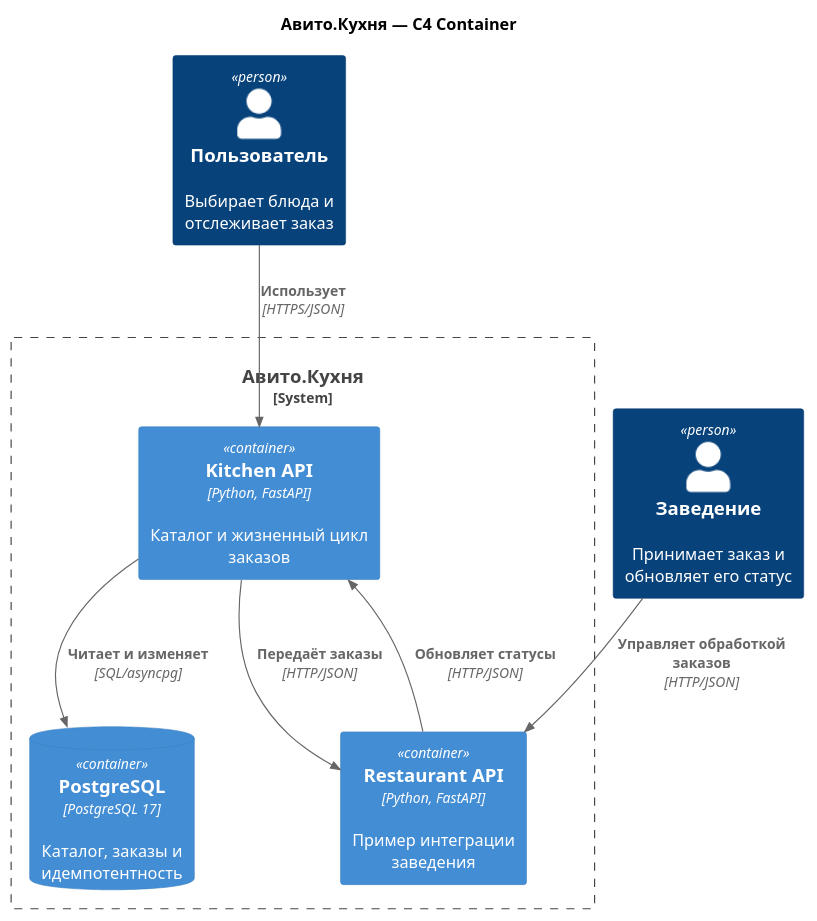
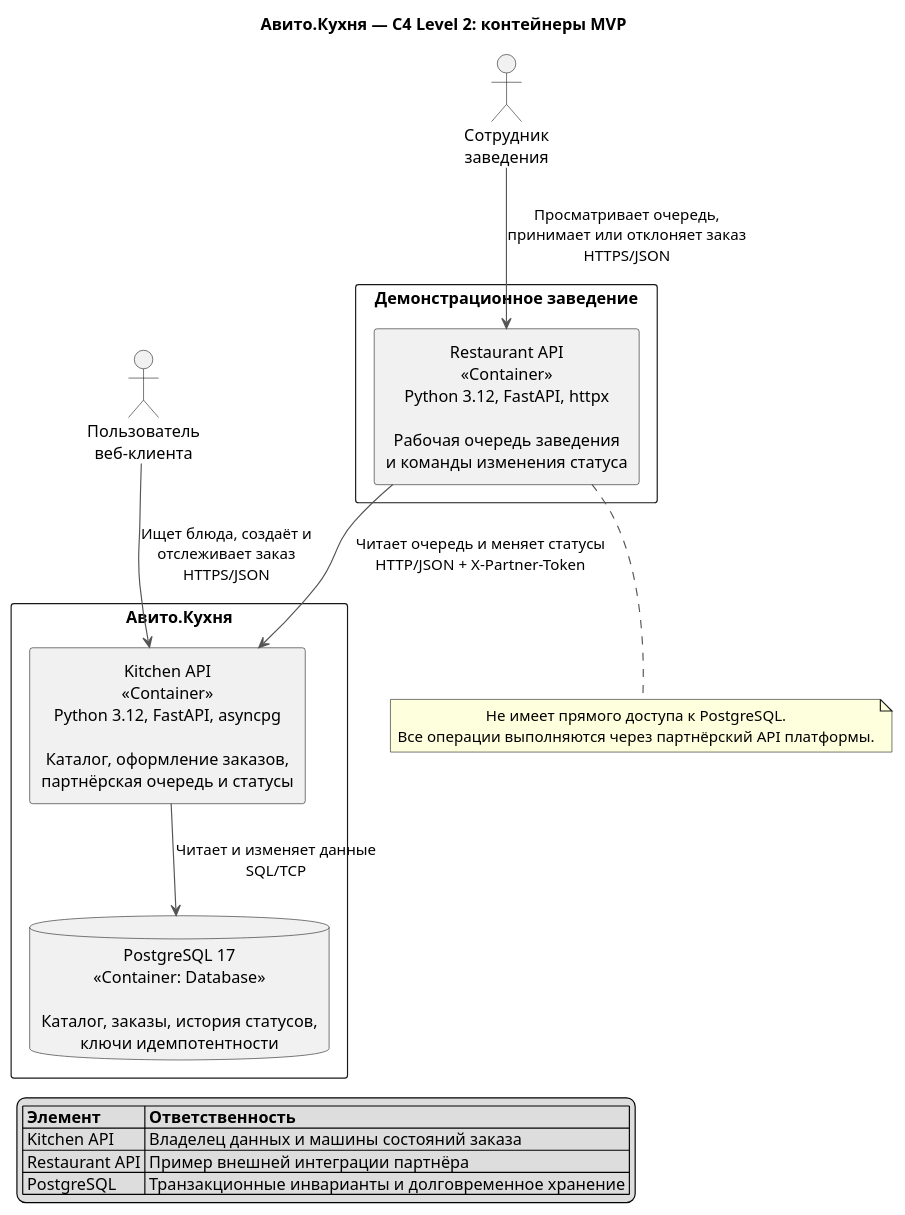
Before and after one commit to khushdil1201/avito_kitchen: the diagram in docs/c4.puml, drawn with PlantUML. The commit also changed 6 other files, not shown here.

Commit message:
docs: align architecture diagrams with implementation

```diff
--- a/docs/c4.puml
+++ b/docs/c4.puml
@@ -1,20 +1,37 @@
 @startuml c4
-!includeurl https://raw.githubusercontent.com/plantuml-stdlib/C4-PlantUML/master/C4_Container.puml
+title Авито.Кухня — C4 Level 2: контейнеры MVP
 
-title Авито.Кухня — C4 Container
+skinparam shadowing false
+skinparam componentStyle rectangle
+skinparam defaultTextAlignment center
+skinparam ArrowColor #555555
 
-Person(customer, "Пользователь", "Выбирает блюда и отслеживает заказ")
-Person(partner, "Заведение", "Принимает заказ и обновляет его статус")
+actor customer as "Пользователь\nвеб-клиента"
+actor employee as "Сотрудник\nзаведения"
 
-System_Boundary(kitchen, "Авито.Кухня") {
-  Container(kitchen_api, "Kitchen API", "Python, FastAPI", "Каталог и жизненный цикл заказов")
-  Container(restaurant_api, "Restaurant API", "Python, FastAPI", "Пример интеграции заведения")
-  ContainerDb(postgres, "PostgreSQL", "PostgreSQL 17", "Каталог, заказы и идемпотентность")
+rectangle "Авито.Кухня" as kitchen_boundary {
+  component kitchen_api as "Kitchen API\n<<Container>>\nPython 3.12, FastAPI, asyncpg\n\nКаталог, оформление заказов,\nпартнёрская очередь и статусы"
+  database postgres as "PostgreSQL 17\n<<Container: Database>>\n\nКаталог, заказы, история статусов,\nключи идемпотентности"
 }
 
-Rel(customer, kitchen_api, "Использует", "HTTPS/JSON")
-Rel(kitchen_api, postgres, "Читает и изменяет", "SQL/asyncpg")
-Rel(kitchen_api, restaurant_api, "Передаёт заказы", "HTTP/JSON")
-Rel(restaurant_api, kitchen_api, "Обновляет статусы", "HTTP/JSON")
-Rel(partner, restaurant_api, "Управляет обработкой заказов", "HTTP/JSON")
+rectangle "Демонстрационное заведение" as restaurant_boundary {
+  component restaurant_api as "Restaurant API\n<<Container>>\nPython 3.12, FastAPI, httpx\n\nРабочая очередь заведения\nи команды изменения статуса"
+}
+
+customer --> kitchen_api : Ищет блюда, создаёт и\nотслеживает заказ\nHTTPS/JSON
+employee --> restaurant_api : Просматривает очередь,\nпринимает или отклоняет заказ\nHTTPS/JSON
+restaurant_api --> kitchen_api : Читает очередь и меняет статусы\nHTTP/JSON + X-Partner-Token
+kitchen_api --> postgres : Читает и изменяет данные\nSQL/TCP
+
+note bottom of restaurant_api
+  Не имеет прямого доступа к PostgreSQL.
+  Все операции выполняются через партнёрский API платформы.
+end note
+
+legend left
+  |= Элемент |= Ответственность |
+  | Kitchen API | Владелец данных и машины состояний заказа |
+  | Restaurant API | Пример внешней интеграции партнёра |
+  | PostgreSQL | Транзакционные инварианты и долговременное хранение |
+endlegend
 @enduml
```
